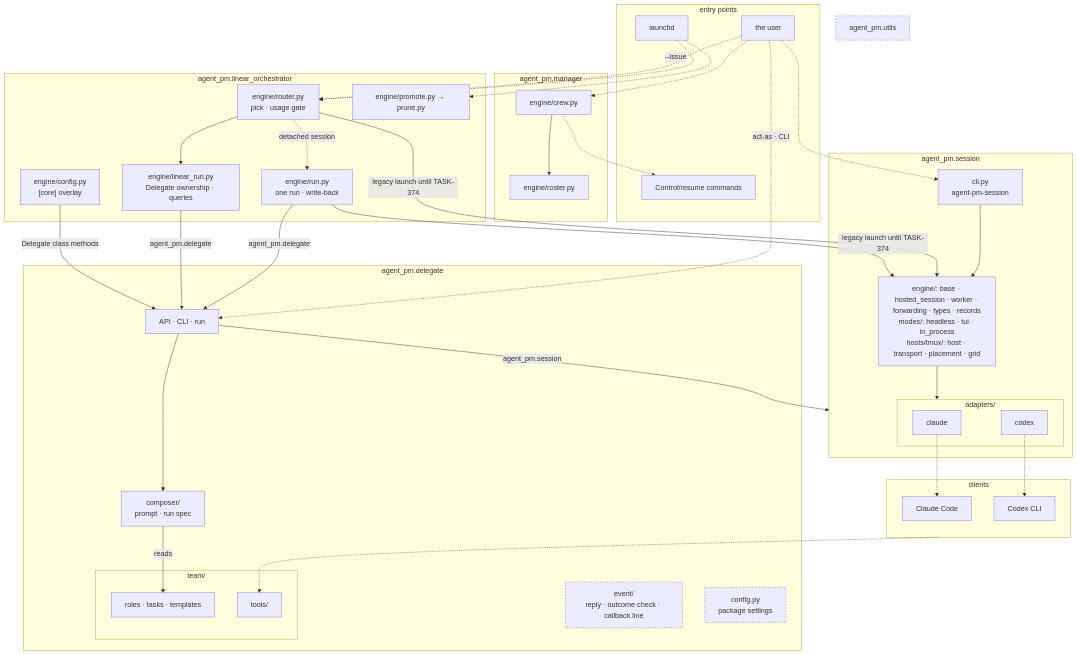
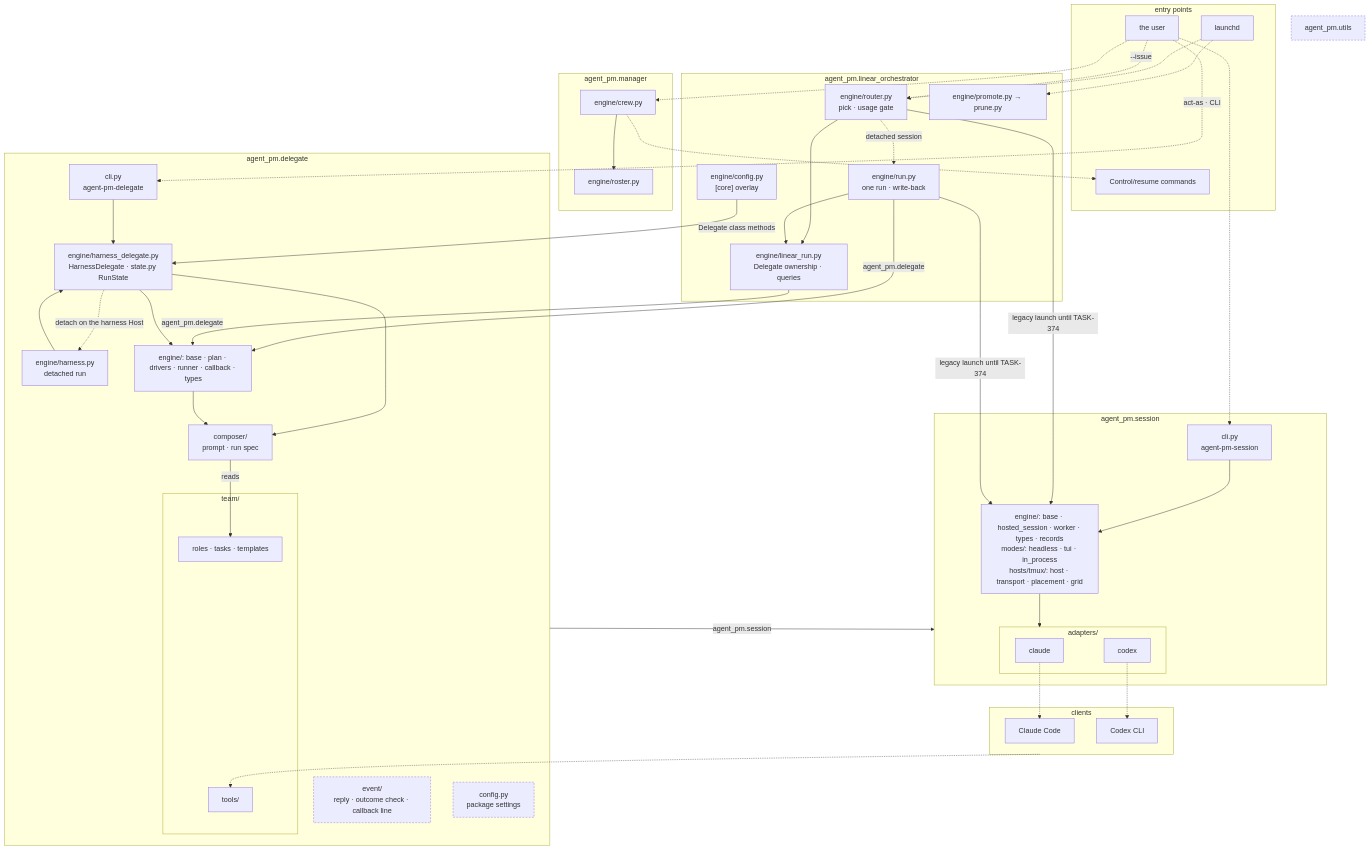
Before and after one commit to ophis/agent-pm: the second of 4 diagrams in README.md, drawn with Mermaid. The commit also changed other lines of this file and 120 other files, not shown here.

First line of the commit message:
TASK-427: re-architecture: 删掉 session 和 delegate 的全部兼容出口 调用方同 PR 搬到新接口 (#248)

````diff
--- a/README.md
+++ b/README.md
@@ -18,63 +18,68 @@
 ```mermaid
 flowchart TB
   subgraph EN[entry points]
     LD[launchd]
     HU[the user]
     CC[Control/resume commands]
   end
   subgraph MG[agent_pm.manager]
     W["engine/crew.py"] --> RS["engine/roster.py"]
   end
   subgraph LO[agent_pm.linear_orchestrator]
     R["engine/router.py<br>pick · usage gate"]
     RU["engine/run.py<br>one run · write-back"]
     LR["engine/linear_run.py<br>Delegate ownership · queries"]
     PP["engine/promote.py → prune.py"]
     LC["engine/config.py<br>[core] overlay"]
   end
   subgraph DL[agent_pm.delegate]
-    D["API · CLI · run"]
+    D["cli.py<br>agent-pm-delegate"]
+    HD["engine/harness_delegate.py<br>HarnessDelegate · state.py RunState"]
+    H["engine/harness.py<br>detached run"]
+    E["engine/: base · plan · drivers · runner · callback · types"]
     C["composer/<br>prompt · run spec"]
     EV["event/<br>reply · outcome check · callback line"]
     CF["config.py<br>package settings"]
     subgraph TM[team/]
       T["roles · tasks · templates"]
       AT[tools/]
     end
   end
   subgraph SE[agent_pm.session]
     SC["cli.py<br>agent-pm-session"]
-    DR["engine/: base · hosted_session · worker · forwarding · types · records<br>modes/: headless · tui · in_process<br>hosts/tmux/: host · transport · placement · grid"]
+    DR["engine/: base · hosted_session · worker · types · records<br>modes/: headless · tui · in_process<br>hosts/tmux/: host · transport · placement · grid"]
     subgraph AD[adapters/]
       CL[claude]
       CX[codex]
     end
   end
   U[agent_pm.utils]
   subgraph RT[clients]
     P1[Claude Code]
     P2[Codex CLI]
   end
   LD -.-> R & PP
   HU -.->|"--issue"| R
   HU -.->|"act-as · CLI"| D
   HU -.-> W
   HU -.-> SC
   SC --> DR
   R -.->|detached session| RU
-  RU -->|agent_pm.delegate| D
-  R --> LR
-  LR -->|agent_pm.delegate| D
-  LC -->|"Delegate class methods"| D
+  R & RU --> LR
+  RU & LR -->|agent_pm.delegate| E
+  LC -->|"Delegate class methods"| HD
   R & RU -->|"legacy launch until TASK-374"| DR
   W -.-> CC
-  D --> C
-  D -->|agent_pm.session| SE
+  D & H --> HD
+  HD -.->|"detach on the harness Host"| H
+  HD --> E & C
+  E --> C
+  DL -->|agent_pm.session| SE
   C -->|reads| T
   DR --> AD
   CL -.-> P1
   CX -.-> P2
   RT -.-> AT
   classDef shared stroke-dasharray: 4 3
   class EV,U,CF shared
 ```
````
